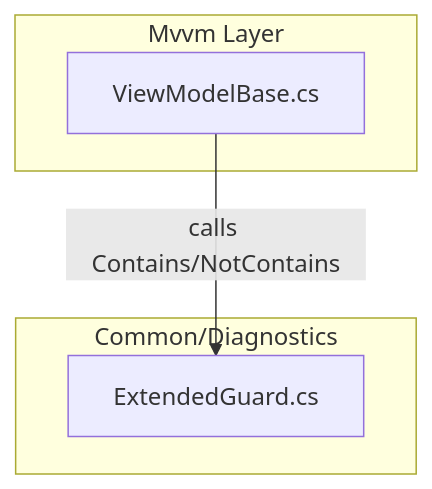
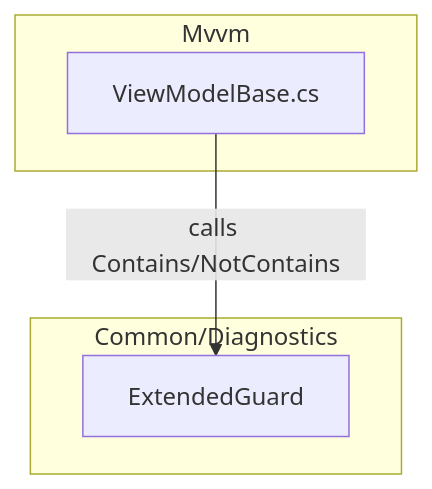
The diagram in doc/Common/Diagnostics.md (wetzlmaier-scch/mvvm), drawn with Mermaid before and after one commit. The commit also changed other lines of this file and 132 other files, not shown here.

````diff
--- a/doc/Common/Diagnostics.md
+++ b/doc/Common/Diagnostics.md
@@ -17,12 +17,10 @@
 ```mermaid
 flowchart TD
+    subgraph "Mvvm"
+        VM[ViewModelBase.cs]
+    end
     subgraph "Common/Diagnostics"
-        EG["ExtendedGuard.cs"]
+        EG[ExtendedGuard]
     end
-    
-    subgraph "Mvvm Layer"
-        VB["ViewModelBase.cs"]
-    end
-    
-    VB -->|calls Contains/NotContains| EG
+    VM -->|calls Contains/NotContains| EG
 ```
````
